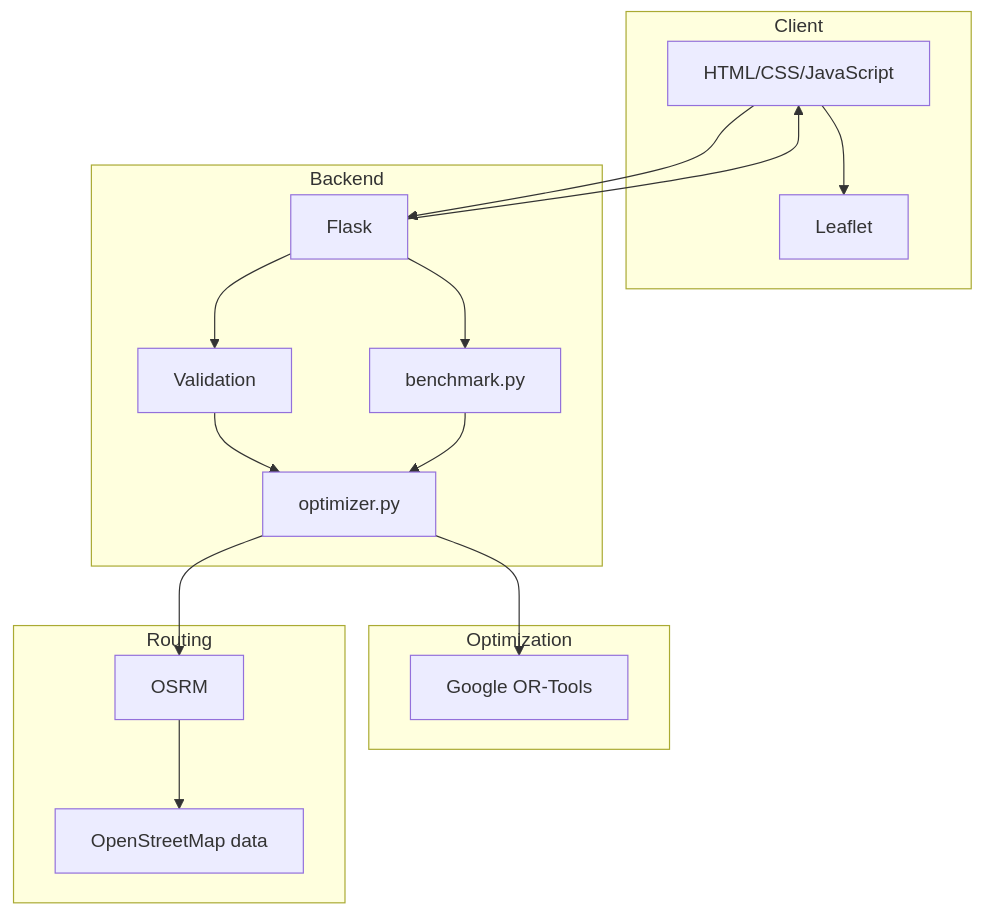
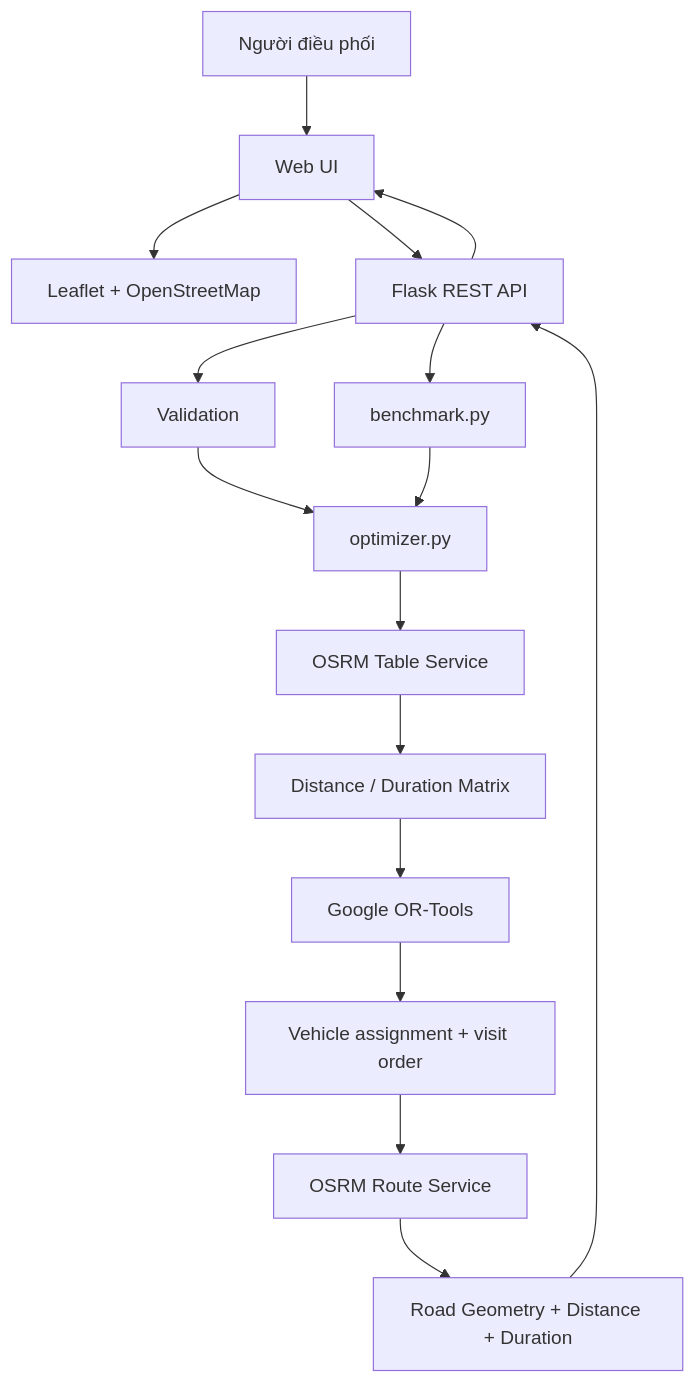
One commit to vanquyvct/vehicle-routing-optimization changed the first of 2 diagrams in docs/architecture.md. Above: the diagram before and after it, drawn with Mermaid. The commit also changed other lines of this file and 4 other files, not shown here.

````diff
--- a/docs/architecture.md
+++ b/docs/architecture.md
@@ -12,34 +12,24 @@
 ```mermaid
-flowchart TB
-    subgraph Client
-        UI[HTML/CSS/JavaScript]
-        L[Leaflet]
-    end
+flowchart TD
+    U[Người điều phối] --> UI[Web UI]
 
-    subgraph Backend
-        F[Flask]
-        V[Validation]
-        O[optimizer.py]
-        B[benchmark.py]
-    end
+    UI --> L[Leaflet + OpenStreetMap]
+    UI --> F[Flask REST API]
 
-    subgraph Optimization
-        OR[Google OR-Tools]
-    end
+    F --> V[Validation]
+    V --> O[optimizer.py]
 
-    subgraph Routing
-        OSRM[OSRM]
-        OSM[OpenStreetMap data]
-    end
+    O --> T[OSRM Table Service]
+    T --> M[Distance / Duration Matrix]
+    M --> OR[Google OR-Tools]
 
-    UI --> F
-    UI --> L
-    F --> V
-    V --> O
-    F --> B
-    O --> OR
-    O --> OSRM
+    OR --> P[Vehicle assignment + visit order]
+    P --> R[OSRM Route Service]
+    R --> G[Road Geometry + Distance + Duration]
+
+    G --> F
+    F --> UI
+
+    F --> B[benchmark.py]
     B --> O
-    OSRM --> OSM
-    F --> UI
 ```
````
